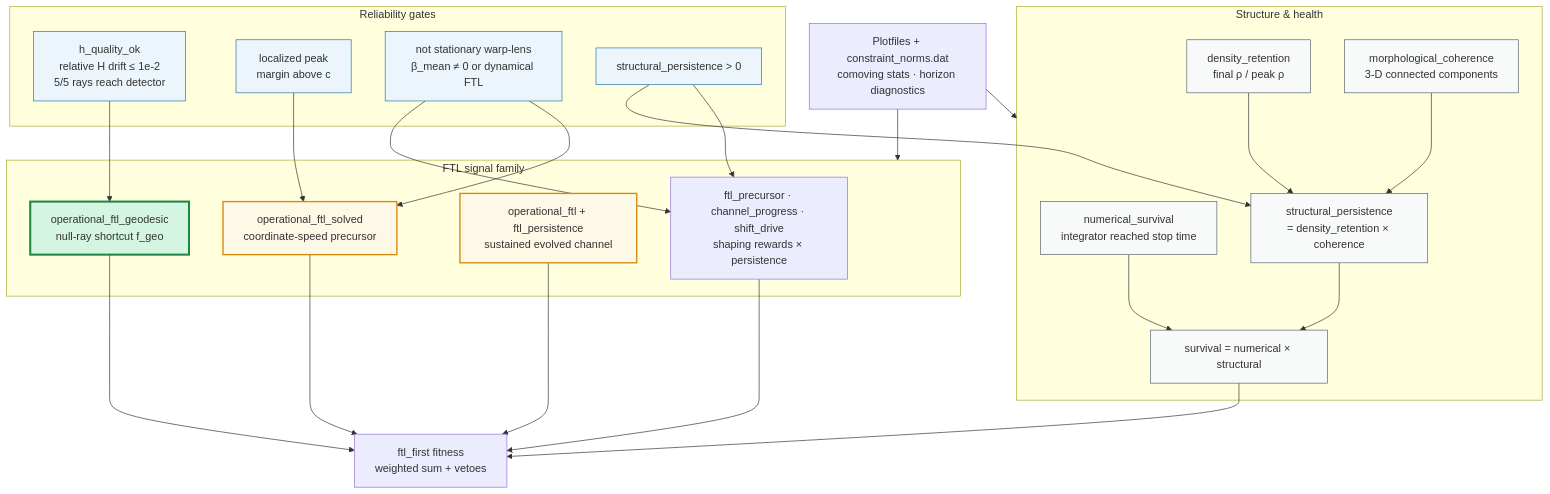
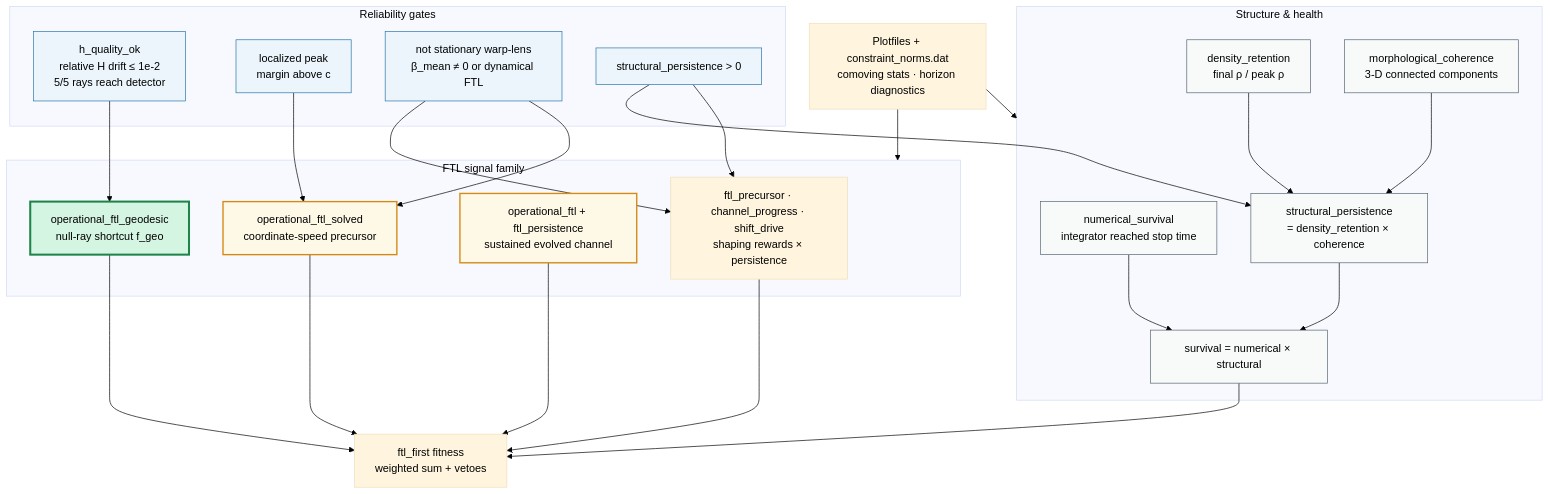
Before and after one commit to Nikchik-coder/GRTeclyn: the fourth of 6 diagrams in research/neuralspacetime/MapElites.md, drawn with Mermaid. The commit also changed other lines of this file, not shown here.

Commit message:
fix: diagrams

````diff
--- a/research/neuralspacetime/MapElites.md
+++ b/research/neuralspacetime/MapElites.md
@@ -176,57 +179,58 @@
 ```mermaid
+%%{init: {'theme':'base', 'themeVariables': {'primaryTextColor':'#000','secondaryTextColor':'#000','tertiaryTextColor':'#000','lineColor':'#000','actorTextColor':'#000','signalTextColor':'#000','noteTextColor':'#000','labelTextColor':'#000'}}}%%
 flowchart TB
     IN["Plotfiles + constraint_norms.dat<br/>comoving stats · horizon diagnostics"]
 
     subgraph STRUCTURE["Structure & health"]
         NS["numerical_survival<br/>integrator reached stop time"]
         DR["density_retention<br/>final ρ / peak ρ"]
         MC["morphological_coherence<br/>3-D connected components"]
         SP["structural_persistence<br/>= density_retention × coherence"]
         SURV["survival = numerical × structural"]
         NS --> SURV
         DR --> SP --> SURV
         MC --> SP
     end
 
     subgraph FTLSIG["FTL signal family"]
         PREC["ftl_precursor · channel_progress · shift_drive<br/>shaping rewards × persistence"]
         SOLVED["operational_ftl_solved<br/>coordinate-speed precursor"]
         DYN["operational_ftl + ftl_persistence<br/>sustained evolved channel"]
         GEO["operational_ftl_geodesic<br/>null-ray shortcut f_geo"]
     end
 
     subgraph GATES["Reliability gates"]
         G_GEO["h_quality_ok<br/>relative H drift ≤ 1e-2<br/>5/5 rays reach detector"]
         G_SOL["localized peak<br/>margin above c"]
         G_STA["not stationary warp-lens<br/>β_mean ≠ 0 or dynamical FTL"]
         G_PERS["structural_persistence > 0"]
     end
 
     IN --> STRUCTURE
     IN --> FTLSIG
 
     G_GEO --> GEO
     G_SOL --> SOLVED
     G_STA --> SOLVED
     G_STA --> PREC
     G_PERS --> PREC
     G_PERS --> SP
 
     OUT["ftl_first fitness<br/>weighted sum + vetoes"]
 
     SURV --> OUT
     PREC --> OUT
     SOLVED --> OUT
     DYN --> OUT
     GEO --> OUT
 
-    classDef top fill:#d5f5e3,stroke:#1e8449,stroke-width:3px
-    classDef mid fill:#fef9e7,stroke:#d68910,stroke-width:2px
-    classDef gate fill:#ebf5fb,stroke:#2874a6,stroke-width:1px
-    classDef health fill:#f8f9f9,stroke:#566573,stroke-width:1px
+    classDef top fill:#d5f5e3,stroke:#1e8449,stroke-width:3px,color:#000
+    classDef mid fill:#fef9e7,stroke:#d68910,stroke-width:2px,color:#000
+    classDef gate fill:#ebf5fb,stroke:#2874a6,stroke-width:1px,color:#000
+    classDef health fill:#f8f9f9,stroke:#566573,stroke-width:1px,color:#000
 
     class GEO top
     class DYN,SOLVED mid
     class G_GEO,G_SOL,G_STA,G_PERS gate
     class SURV,SP,MC,DR,NS health
 ```
````
